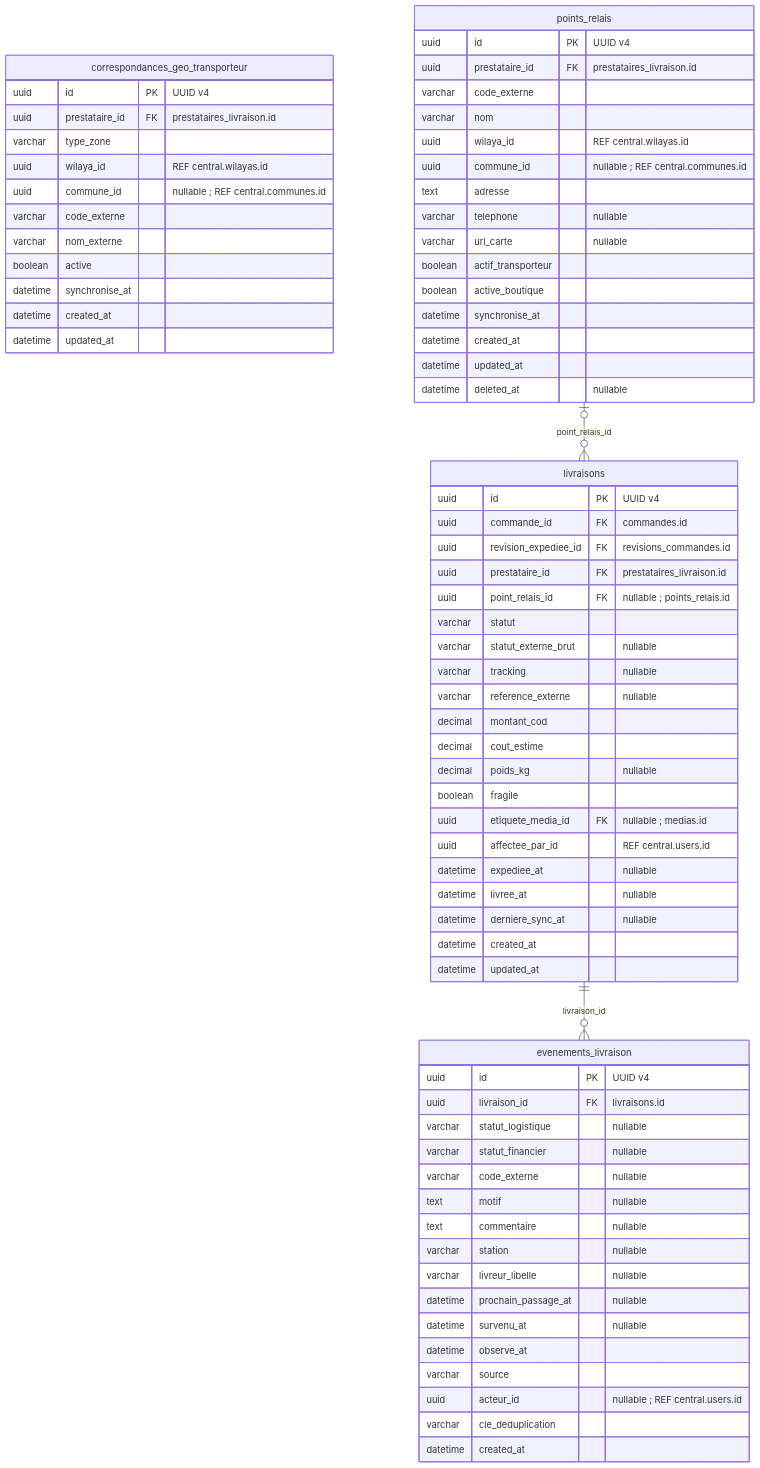
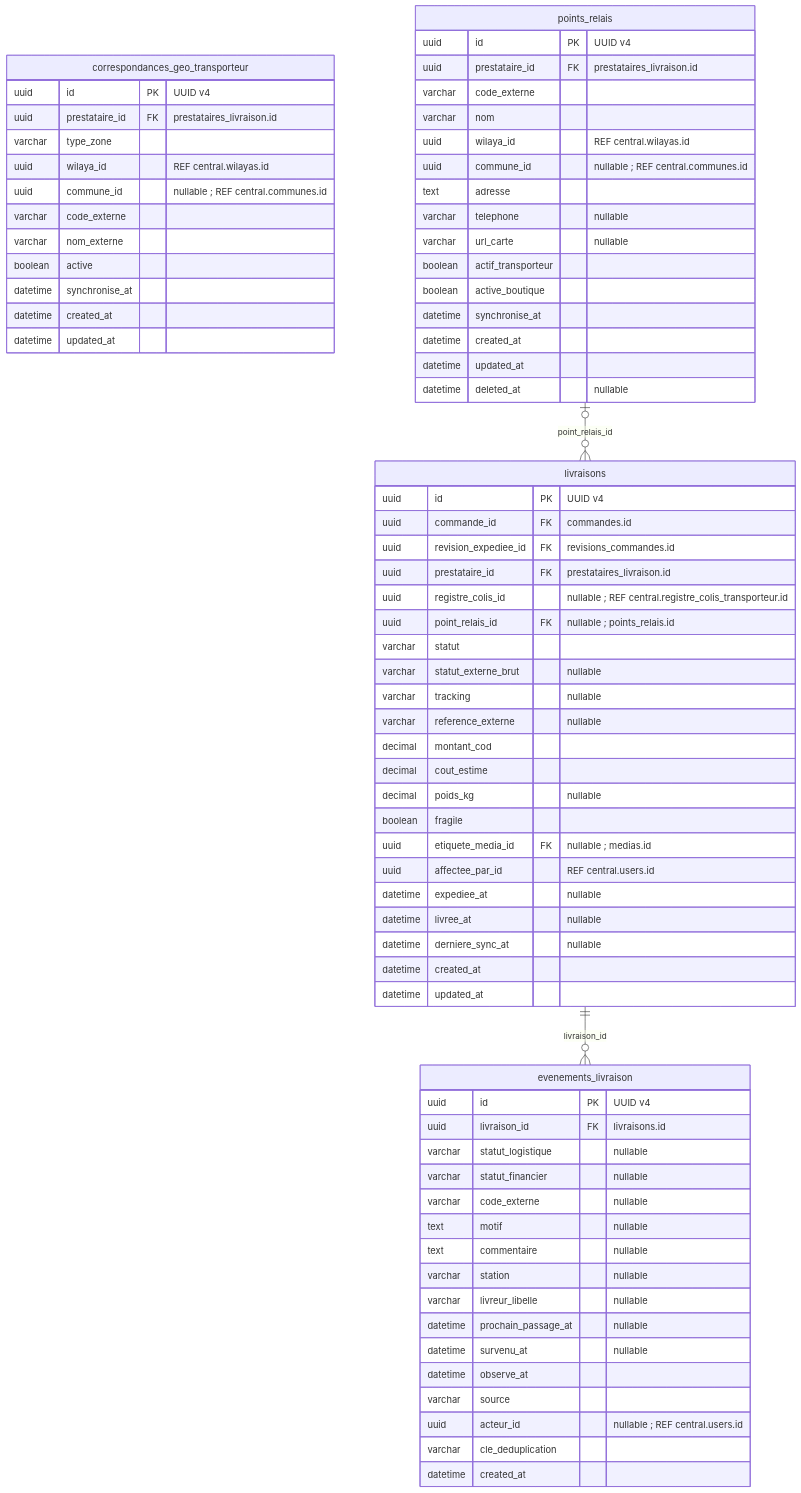
One commit to unitealfa/saas-ecom changed diagram 20 of 26 in Schema-BDD-SaaS-Ecommerce-UUID.md. Above: the diagram before and after it, drawn with Mermaid. The commit also changed other lines of this file, not shown here.

````diff
--- a/Schema-BDD-SaaS-Ecommerce-UUID.md
+++ b/Schema-BDD-SaaS-Ecommerce-UUID.md
@@ -1351,76 +1524,77 @@
 ```mermaid
 erDiagram
     direction TB
     correspondances_geo_transporteur {
         uuid id PK "UUID v4"
         uuid prestataire_id FK "prestataires_livraison.id"
         varchar type_zone
         uuid wilaya_id "REF central.wilayas.id"
         uuid commune_id "nullable ; REF central.communes.id"
         varchar code_externe
         varchar nom_externe
         boolean active
         datetime synchronise_at
         datetime created_at
         datetime updated_at
     }
     points_relais {
         uuid id PK "UUID v4"
         uuid prestataire_id FK "prestataires_livraison.id"
         varchar code_externe
         varchar nom
         uuid wilaya_id "REF central.wilayas.id"
         uuid commune_id "nullable ; REF central.communes.id"
         text adresse
         varchar telephone "nullable"
         varchar url_carte "nullable"
         boolean actif_transporteur
         boolean active_boutique
         datetime synchronise_at
         datetime created_at
         datetime updated_at
         datetime deleted_at "nullable"
     }
     livraisons {
         uuid id PK "UUID v4"
         uuid commande_id FK "commandes.id"
         uuid revision_expediee_id FK "revisions_commandes.id"
         uuid prestataire_id FK "prestataires_livraison.id"
+        uuid registre_colis_id "nullable ; REF central.registre_colis_transporteur.id"
         uuid point_relais_id FK "nullable ; points_relais.id"
         varchar statut
         varchar statut_externe_brut "nullable"
         varchar tracking "nullable"
         varchar reference_externe "nullable"
         decimal montant_cod
         decimal cout_estime
         decimal poids_kg "nullable"
         boolean fragile
         uuid etiquete_media_id FK "nullable ; medias.id"
         uuid affectee_par_id "REF central.users.id"
         datetime expediee_at "nullable"
         datetime livree_at "nullable"
         datetime derniere_sync_at "nullable"
         datetime created_at
         datetime updated_at
     }
     evenements_livraison {
         uuid id PK "UUID v4"
         uuid livraison_id FK "livraisons.id"
         varchar statut_logistique "nullable"
         varchar statut_financier "nullable"
         varchar code_externe "nullable"
         text motif "nullable"
         text commentaire "nullable"
         varchar station "nullable"
         varchar livreur_libelle "nullable"
         datetime prochain_passage_at "nullable"
         datetime survenu_at "nullable"
         datetime observe_at
         varchar source
         uuid acteur_id "nullable ; REF central.users.id"
         varchar cle_deduplication
         datetime created_at
     }
     points_relais |o--o{ livraisons : point_relais_id
     livraisons ||--o{ evenements_livraison : livraison_id
 ```
````
